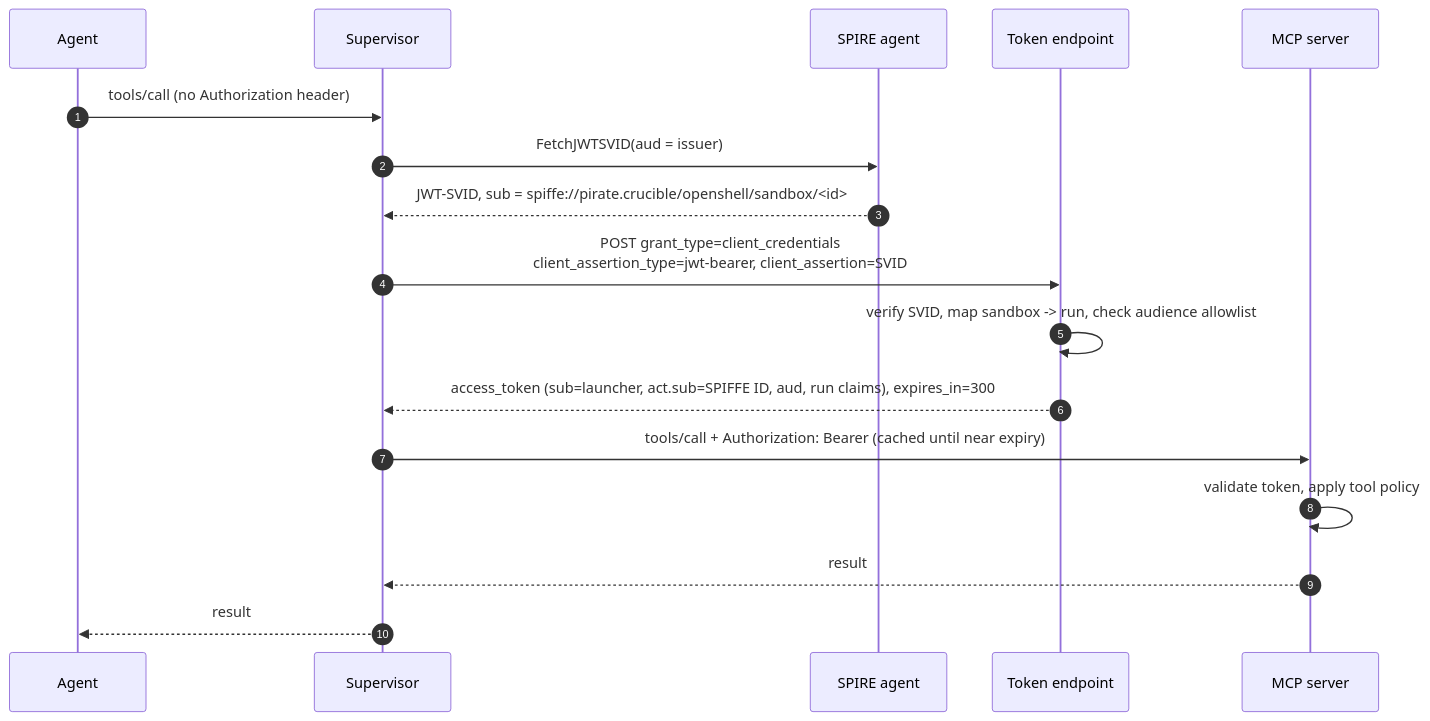
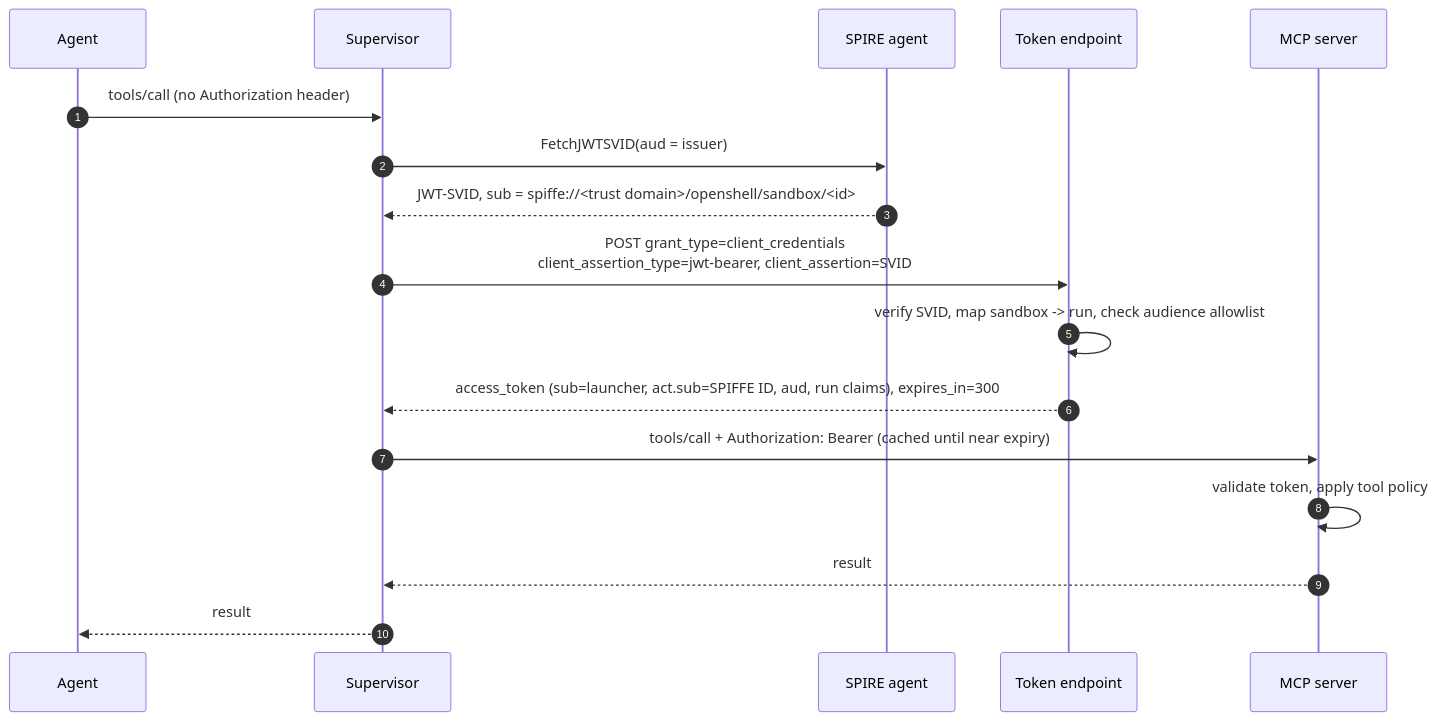
One commit to neuralmagic/crucible changed the second of 5 diagrams in crucible-mcp-auth/README.md. Above: the diagram before and after it, drawn with Mermaid. The commit also changed other lines of this file and 27 other files, not shown here.

````diff
--- a/crucible-mcp-auth/README.md
+++ b/crucible-mcp-auth/README.md
@@ -97,19 +97,19 @@
 ```mermaid
 sequenceDiagram
     autonumber
     participant A as Agent
     participant S as Supervisor
     participant W as SPIRE agent
     participant T as Token endpoint
     participant M as MCP server
     A->>S: tools/call (no Authorization header)
     S->>W: FetchJWTSVID(aud = issuer)
-    W-->>S: JWT-SVID, sub = spiffe://pirate.crucible/openshell/sandbox/<id>
+    W-->>S: JWT-SVID, sub = spiffe://<trust domain>/openshell/sandbox/<id>
     S->>T: POST grant_type=client_credentials<br/>client_assertion_type=jwt-bearer, client_assertion=SVID
     T->>T: verify SVID, map sandbox -> run, check audience allowlist
     T-->>S: access_token (sub=launcher, act.sub=SPIFFE ID, aud, run claims), expires_in=300
     S->>M: tools/call + Authorization: Bearer (cached until near expiry)
     M->>M: validate token, apply tool policy
     M-->>S: result
     S-->>A: result
 ```
````
